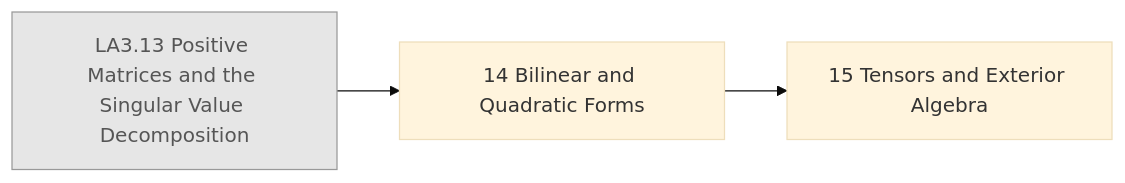
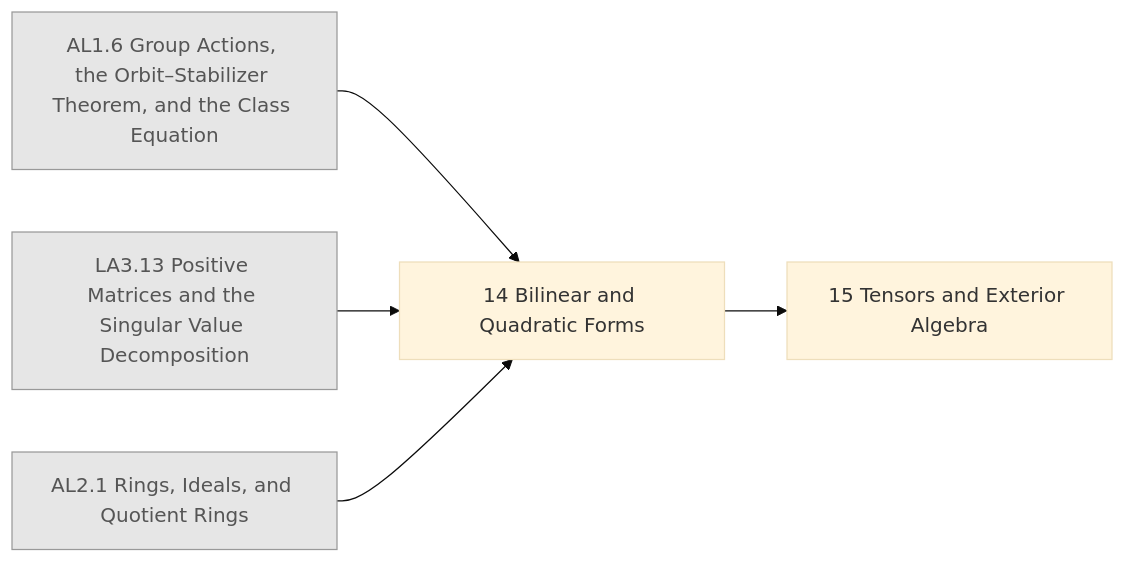
Before and after one commit to AkizumiFox/math-atlas: diagram 13 of 30 in generated/README.md, drawn with Mermaid (base theme). The commit also changed other lines of this file and 41 other files, not shown here.

````diff
--- a/generated/README.md
+++ b/generated/README.md
@@ -302,11 +367,15 @@
 ```mermaid
 flowchart LR
+  AL1_6["AL1.6 Group Actions, the Orbit–Stabilizer Theorem, and the Class Equation"]:::ext
   LA3_13["LA3.13 Positive Matrices and the Singular Value Decomposition"]:::ext
+  AL2_1["AL2.1 Rings, Ideals, and Quotient Rings"]:::ext
   LA4_14["14 Bilinear and Quadratic Forms"]
   LA4_15["15 Tensors and Exterior Algebra"]
+  AL1_6 --> LA4_14
   LA3_13 --> LA4_14
+  AL2_1 --> LA4_14
   LA4_14 --> LA4_15
   classDef ext fill:#e6e6e6,stroke:#999,color:#555
   classDef opt fill:#fff,stroke:#999,stroke-dasharray:4 3,color:#555
   classDef segb fill:#f6f6fb,stroke:#99a,color:#333
 ```
````
